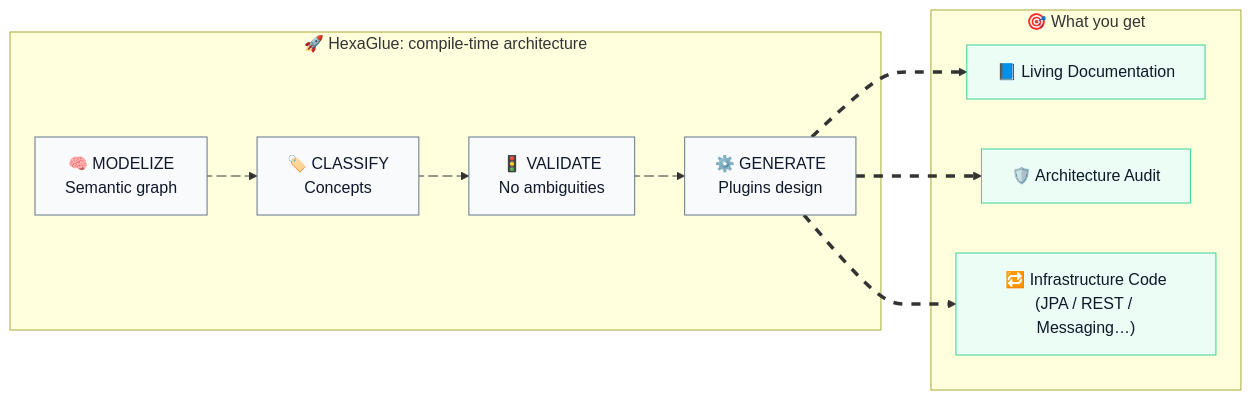
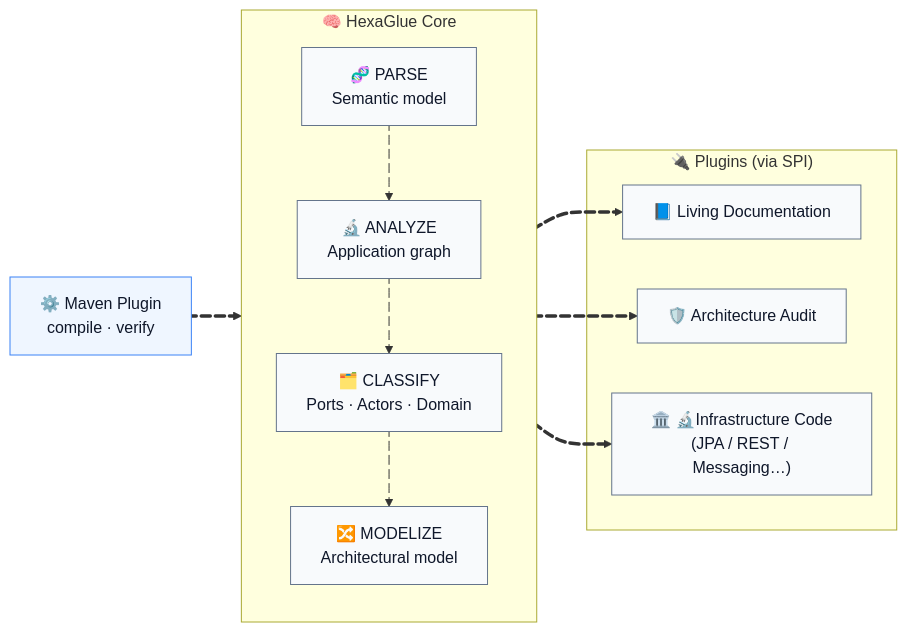
The diagram in README.md (hexaglue/hexaglue), drawn with Mermaid before and after one commit. The commit also changed other lines of this file, not shown here.

Commit message:
docs: update pipeline diagram to reflect actual core/plugin flows

````diff
--- a/README.md
+++ b/README.md
@@ -71,44 +71,39 @@
 ```mermaid
 flowchart LR
-  %% ------------------------------------------------------------
-  %% WHY: Architectural friction -> HexaGlue pipeline -> Outcomes
-  %% ------------------------------------------------------------
-  subgraph HEXA["🚀 HexaGlue: compile-time architecture"]
-    A["🧠 MODELIZE<br>Semantic graph"]:::step
-    C["🏷️ CLASSIFY<br>Concepts"]:::step
-    V["🚦 VALIDATE<br>No ambiguities"]:::step
-    G["⚙️ GENERATE<br>Plugins design"]:::step
+ subgraph CORE["🧠 HexaGlue Core"]
+    direction TB
+        P["🧬 PARSE<br>Semantic model"]
+        G["🔬 ANALYZE<br>Application graph"]
+        C["🗂️ CLASSIFY<br>Ports · Actors · Domain"]
+        M["🔀 MODELIZE<br>Architectural model"]
+  end
+ subgraph PLUGINS["🔌 Plugins (via SPI)"]
+        O1["📘 Living Documentation"]
+        O2["🛡️ Architecture Audit"]
+        O3["🏛️ 🔬Infrastructure Code<br>(JPA / REST / Messaging…)"]
+  end
+    MVN["⚙️ Maven Plugin<br>compile · verify"] L_MVN_CORE_0@==> CORE
+    P L_P_G_0@--> G
+    G L_G_C_0@--> C
+    C L_C_M_0@--> M
+    CORE L_CORE_O1_0@==> O1 & O2 & O3
 
-    A e1@--> C
-    C e2@--> V
-    V e3@--> G
-  end
+     P:::step
+     G:::step
+     C:::step
+     M:::step
+     O1:::step
+     O2:::step
+     O3:::step
+     MVN:::maven
+    classDef step fill:#f8fafc,stroke:#64748b,stroke-width:1px,color:#0f172a
+    classDef maven fill:#eff6ff,stroke:#3b82f6,stroke-width:1px,color:#0f172a
 
-  subgraph OUT["🎯 What you get"]
-    O1["📘 Living Documentation"]:::out
-    O2["🛡️ Architecture Audit"]:::out
-    O3["🔁 Infrastructure Code<br>(JPA / REST / Messaging…)"]:::out
-  end
-
-  G f1@==> O1
-  G f2@==> O2
-  G f3@==> O3
-
-  %% ------------------------------------------------------------
-  %% Animated links
-  %% ------------------------------------------------------------
-  e1@{ animate: true }
-  e2@{ animate: true }
-  e3@{ animate: true }
-
-  classDef animate stroke-dasharray: 9,5,stroke-dashoffset: 900,animation: dash 25s linear infinite;
-  class f1 animate
-  class f2 animate
-  class f3 animate
-
-  %% ------------------------------------------------------------
-  %% Node styles
-  %% ------------------------------------------------------------
-  classDef step fill:#f8fafc,stroke:#64748b,stroke-width:1px,color:#0f172a;
-  classDef out fill:#ecfdf5,stroke:#34d399,stroke-width:1px,color:#0f172a;
+    L_MVN_CORE_0@{ animation: slow } 
+    L_P_G_0@{ animation: slow } 
+    L_G_C_0@{ animation: slow } 
+    L_C_M_0@{ animation: slow } 
+    L_CORE_O1_0@{ animation: slow } 
+    L_CORE_O2_0@{ animation: slow } 
+    L_CORE_O3_0@{ animation: slow }
 ```
````
